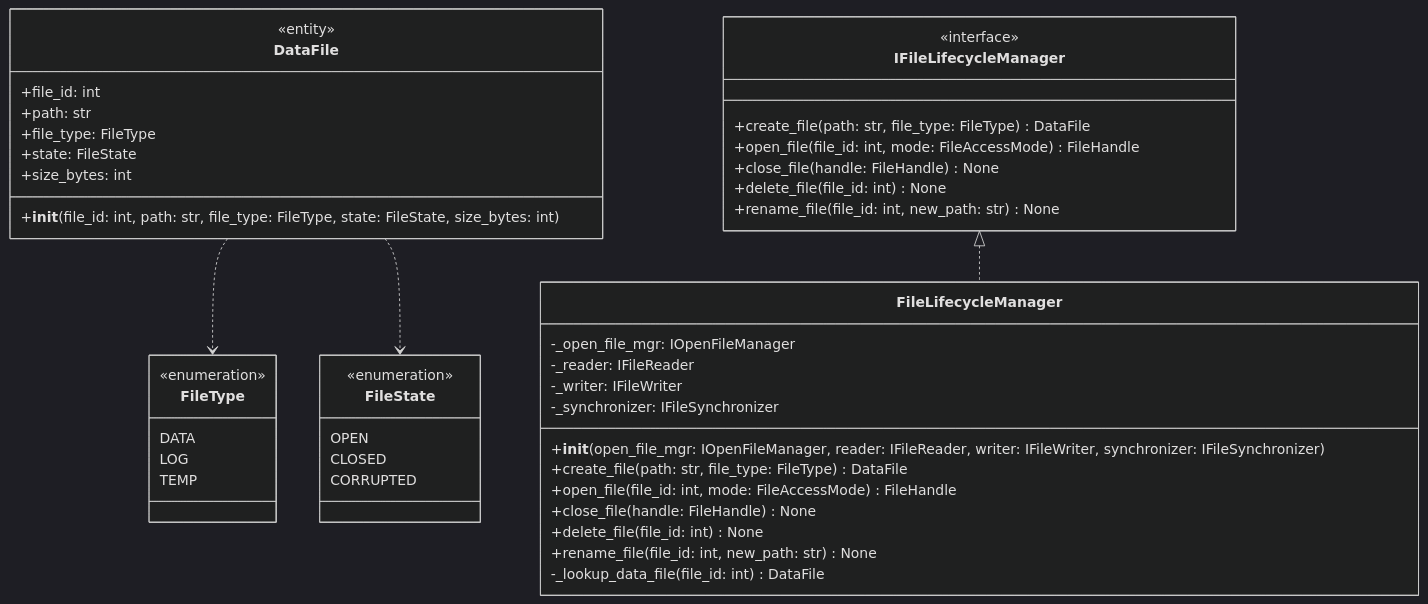
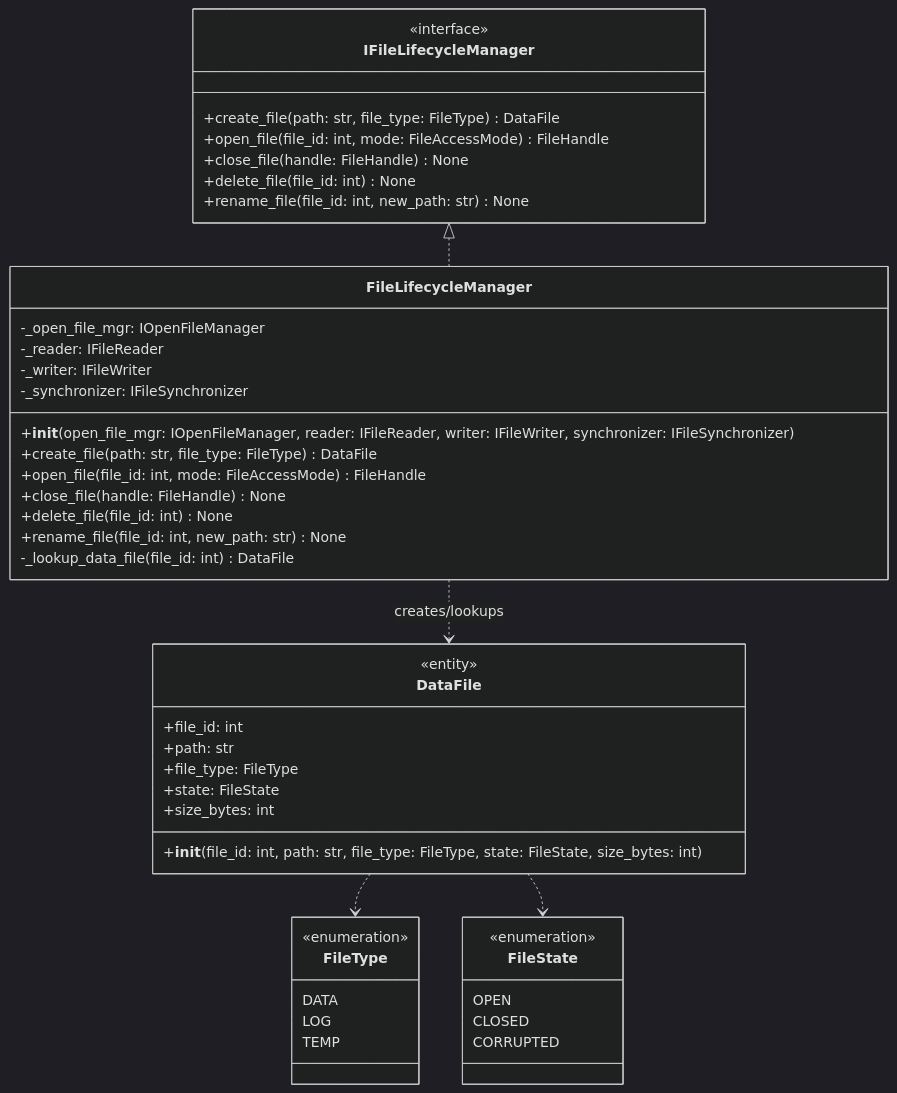
One commit to Ricky13170/DBMS changed the first of 5 diagrams in test.md. Above: the diagram before and after it, drawn with Mermaid (dark theme). The commit also changed other lines of this file, not shown here.

````diff
--- a/test.md
+++ b/test.md
@@ -12,49 +12,50 @@
 ```mermaid
 classDiagram
     class FileType {
         <<enumeration>>
         DATA
         LOG
         TEMP
     }
     class FileState {
         <<enumeration>>
         OPEN
         CLOSED
         CORRUPTED
     }
     class DataFile {
         <<entity>>
         +file_id: int
         +path: str
         +file_type: FileType
         +state: FileState
         +size_bytes: int
         +__init__(file_id: int, path: str, file_type: FileType, state: FileState, size_bytes: int)
     }
     class IFileLifecycleManager {
         <<interface>>
         +create_file(path: str, file_type: FileType) DataFile
         +open_file(file_id: int, mode: FileAccessMode) FileHandle
         +close_file(handle: FileHandle) None
         +delete_file(file_id: int) None
         +rename_file(file_id: int, new_path: str) None
     }
     class FileLifecycleManager {
         -_open_file_mgr: IOpenFileManager
         -_reader: IFileReader
         -_writer: IFileWriter
         -_synchronizer: IFileSynchronizer
         +__init__(open_file_mgr: IOpenFileManager, reader: IFileReader, writer: IFileWriter, synchronizer: IFileSynchronizer)
         +create_file(path: str, file_type: FileType) DataFile
         +open_file(file_id: int, mode: FileAccessMode) FileHandle
         +close_file(handle: FileHandle) None
         +delete_file(file_id: int) None
         +rename_file(file_id: int, new_path: str) None
         -_lookup_data_file(file_id: int) DataFile
     }
 
     IFileLifecycleManager <|.. FileLifecycleManager
+    FileLifecycleManager ..> DataFile : creates/lookups
     DataFile ..> FileType
     DataFile ..> FileState
 ```
````
